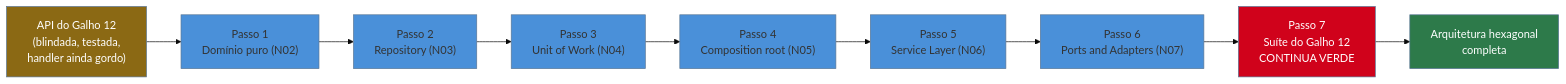
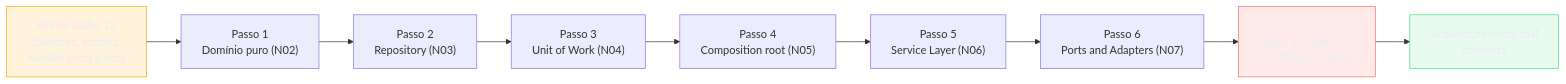
The first of 4 diagrams in 03-Dominios/Tecnologia/Python/Arquitetura e Design Patterns/08 - Capstone — refatorando a API de Tarefas pra arquitetura hexagonal.md (josenaldo/codex-technomanticus), drawn with Mermaid before and after one commit. The commit also changed other lines of this file and 1181 other files, not shown here.

First line of the commit message:
fix(diagramas): paleta do sistema no lugar de cor cravada no markdown

````diff
--- a/03-Dominios/Tecnologia/Python/Arquitetura e Design Patterns/08 - Capstone — refatorando a API de Tarefas pra arquitetura hexagonal.md
+++ b/03-Dominios/Tecnologia/Python/Arquitetura e Design Patterns/08 - Capstone — refatorando a API de Tarefas pra arquitetura hexagonal.md
@@ -40,16 +40,18 @@
 ```mermaid
-%%{init: {"theme": "base", "themeVariables": {"primaryColor": "#4A90D9"}}}%%
 flowchart LR
+    classDef destaque fill:#FFAA0024,stroke:#FFAA00,color:#E9ECF2
+    classDef falha fill:#FF6B6B24,stroke:#FF6B6B,color:#E9ECF2
+    classDef ok fill:#4ADE8021,stroke:#4ADE80,color:#E9ECF2
     G12["API do Galho 12\n(blindada, testada,\nhandler ainda gordo)"] --> P1["Passo 1\nDomínio puro (N02)"]
     P1 --> P2["Passo 2\nRepository (N03)"]
     P2 --> P3["Passo 3\nUnit of Work (N04)"]
     P3 --> P4["Passo 4\nComposition root (N05)"]
     P4 --> P5["Passo 5\nService Layer (N06)"]
     P5 --> P6["Passo 6\nPorts and Adapters (N07)"]
     P6 --> P7["Passo 7\nSuíte do Galho 12\nCONTINUA VERDE"]
     P7 --> DONE["Arquitetura hexagonal\ncompleta"]
 
-    style G12 fill:#8b6914,color:#fff
-    style P7 fill:#D0021B,color:#fff
-    style DONE fill:#2d7a4a,color:#fff
+    class G12 destaque
+    class P7 falha
+    class DONE ok
 ```
````
